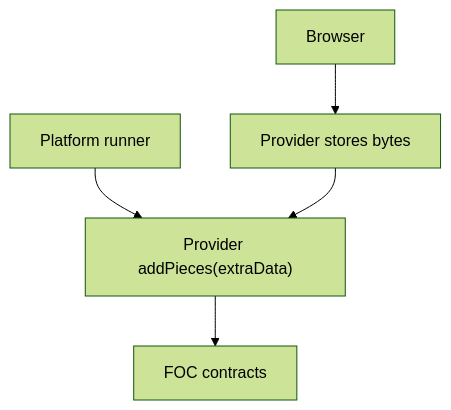
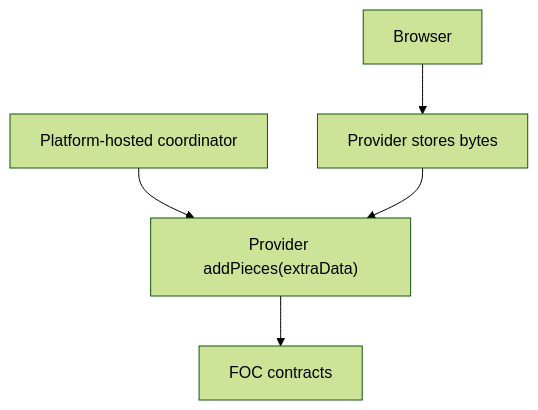
Before and after one commit to FIL-Builders/foc-platform: diagram 19 of 20 in spec.md, drawn with Mermaid (forest theme). The commit also changed other lines of this file, not shown here.

Commit message:
Replace runner terminology with coordinator

````diff
--- a/spec.md
+++ b/spec.md
@@ -1237,7 +1237,7 @@
 ```mermaid
 flowchart TD
   browser["Browser"] --> store["Provider stores bytes"]
-  runner["Platform runner"] --> add["Provider addPieces(extraData)"]
+  coordinator["Platform-hosted coordinator"] --> add["Provider addPieces(extraData)"]
   store --> add
   add --> contracts["FOC contracts"]
 ```
````
